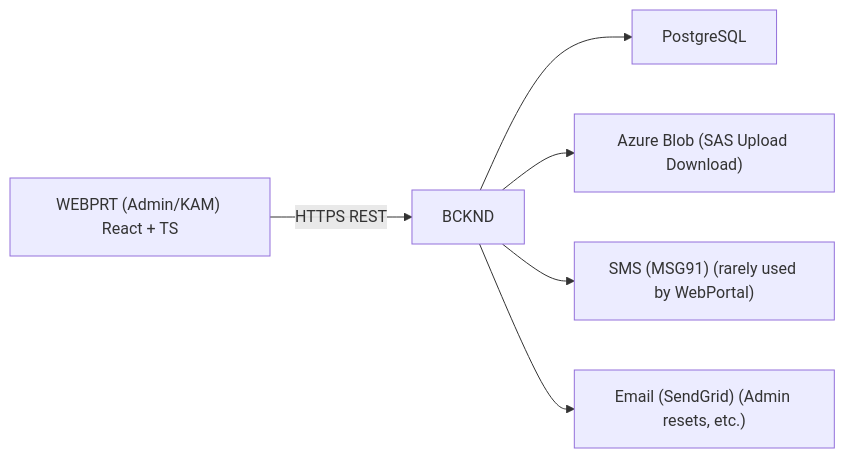
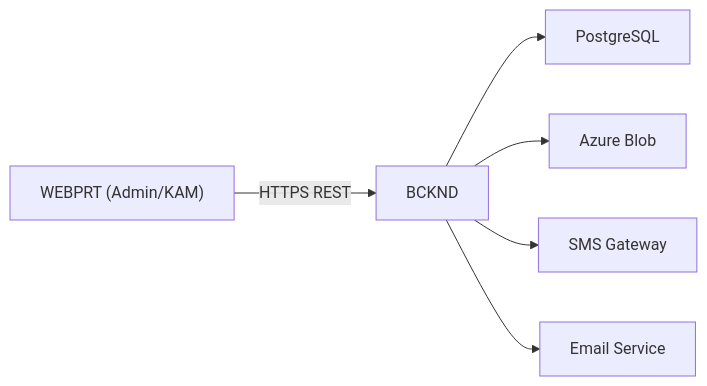
Before and after one commit to PraveenGPTrueReach/solarium-docs: the first of 5 diagrams in L3-LLD-WEBPRT.md, drawn with Mermaid. The commit also changed other lines of this file, not shown here.

Commit message:
md diagram fix

````diff
--- a/L3-LLD-WEBPRT.md
+++ b/L3-LLD-WEBPRT.md
@@ -31,8 +31,8 @@
 ```mermaid
-  flowchart LR
-    WP["WEBPRT (Admin/KAM) React + TS"] -- "HTTPS REST" --> BK["BCKND"]
+flowchart LR
+    WP["WEBPRT (Admin/KAM)"] -- "HTTPS REST" --> BK["BCKND"]
     BK --> DB["PostgreSQL"]
-    BK --> Blob["Azure Blob (SAS Upload Download)"]
-    BK --> MSG["SMS (MSG91) (rarely used by WebPortal)"]
-    BK --> Email["Email (SendGrid) (Admin resets, etc.)"]
+    BK --> Blob["Azure Blob"]
+    BK --> MSG["SMS Gateway"]
+    BK --> Email["Email Service"]
 ```
````
